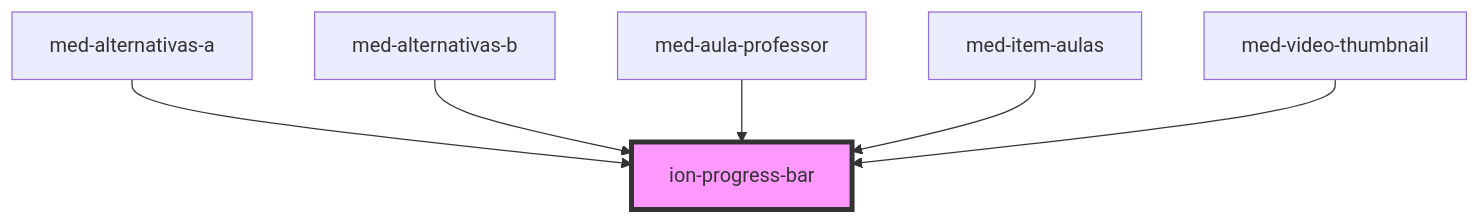
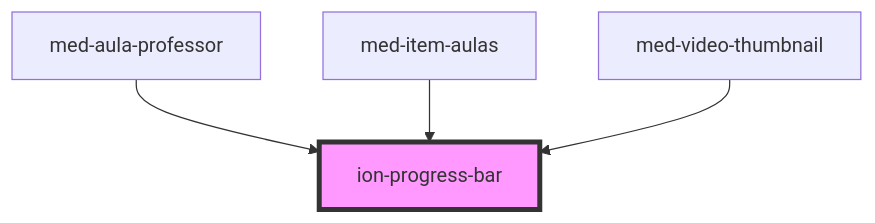
Before and after one commit to MEDGRUPOGIT/ionic-framework-1: the diagram in core/src/components/progress-bar/readme.md, drawn with Mermaid. The commit also changed other lines of this file and 291 other files, not shown here.

````diff
--- a/core/src/components/progress-bar/readme.md
+++ b/core/src/components/progress-bar/readme.md
@@ -177,9 +164,7 @@
 ```mermaid
 graph TD;
-  med-alternativas-a --> ion-progress-bar
-  med-alternativas-b --> ion-progress-bar
   med-aula-professor --> ion-progress-bar
   med-item-aulas --> ion-progress-bar
   med-video-thumbnail --> ion-progress-bar
   style ion-progress-bar fill:#f9f,stroke:#333,stroke-width:4px
 ```
````
